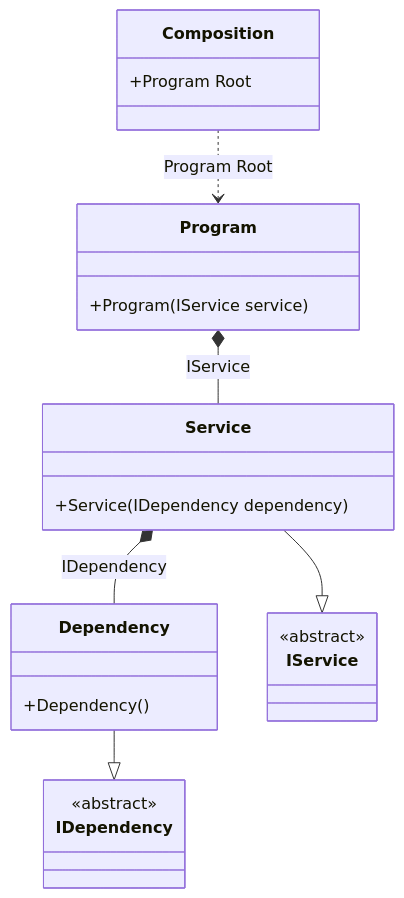
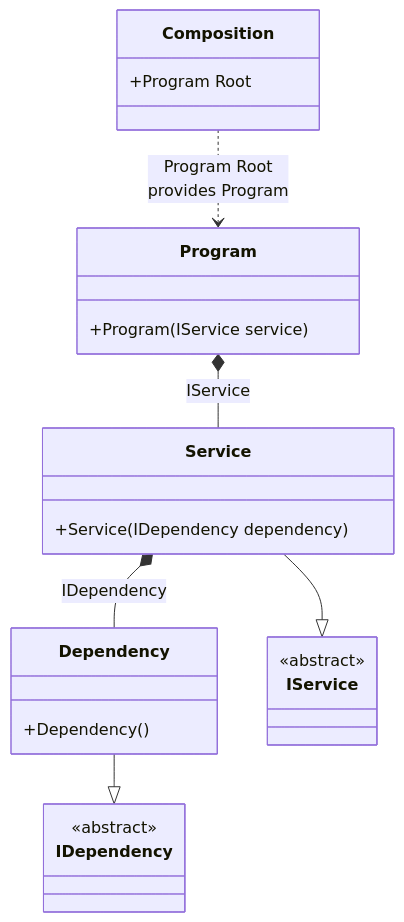
The diagram in readme/injections-of-abstractions.md (DevTeam/Pure.DI), drawn with Mermaid before and after one commit. The commit also changed other lines of this file and 73 other files, not shown here.

````diff
--- a/readme/injections-of-abstractions.md
+++ b/readme/injections-of-abstractions.md
@@ -46,26 +46,26 @@
 ```mermaid
 classDiagram
   class Composition {
     +Program Root
   }
   class Program {
     +Program(IService service)
   }
   Dependency --|> IDependency : 
   class Dependency {
     +Dependency()
   }
   Service --|> IService : 
   class Service {
     +Service(IDependency dependency)
   }
   class IDependency {
     <<abstract>>
   }
   class IService {
     <<abstract>>
   }
   Program *--  Service : IService
   Service *--  Dependency : IDependency
-  Composition ..> Program : Program Root
+  Composition ..> Program : Program Root<br/>provides Program
 ```
````
